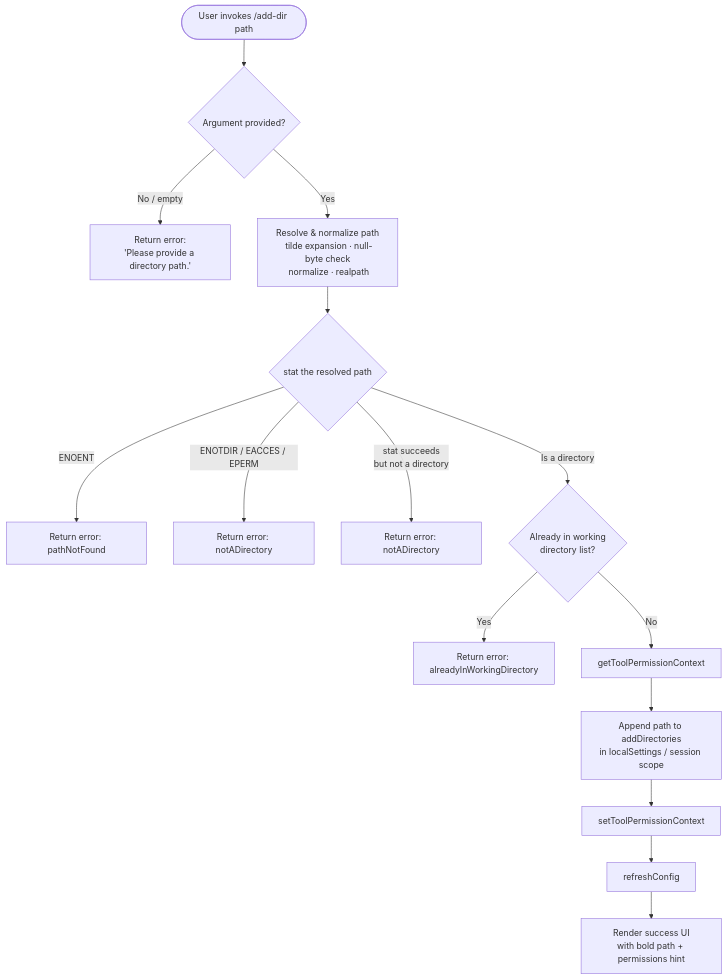
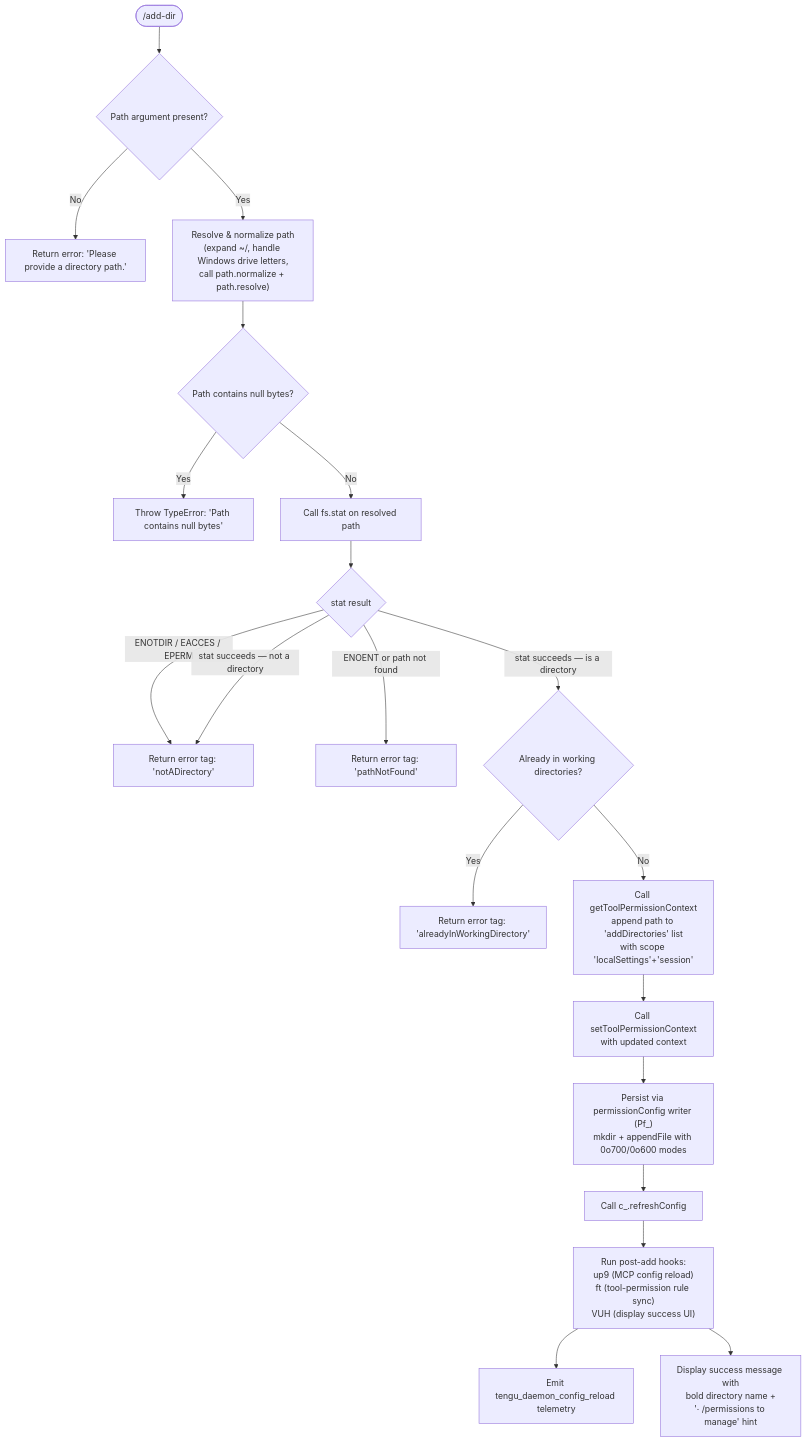
Before and after one commit to MyLittleLuckyDog/cc-gnothi: the diagram in versions/v2.1.143/add-dir.md, drawn with Mermaid. The commit also changed other lines of this file and 483 other files, not shown here.

````diff
--- a/versions/v2.1.143/add-dir.md
+++ b/versions/v2.1.143/add-dir.md
@@ -46,17 +55,22 @@
 ```mermaid
 flowchart TD
-    A([User invokes /add-dir path]) --> B{Argument provided?}
-    B -- No / empty --> C[Return error:\n'Please provide a directory path.']
-    B -- Yes --> D[Resolve & normalize path\n tilde expansion · null-byte check\n normalize · realpath]
-    D --> E{stat the resolved path}
-    E -- ENOENT --> F[Return error: pathNotFound]
-    E -- ENOTDIR / EACCES / EPERM --> G[Return error: notADirectory]
-    E -- stat succeeds\nbut not a directory --> H[Return error: notADirectory]
-    E -- Is a directory --> I{Already in working\ndirectory list?}
-    I -- Yes --> J[Return error: alreadyInWorkingDirectory]
-    I -- No --> K[getToolPermissionContext]
-    K --> L[Append path to addDirectories\nin localSettings / session scope]
-    L --> M[setToolPermissionContext]
-    M --> N[refreshConfig]
-    N --> O[Render success UI\nwith bold path + permissions hint]
+    A(["/add-dir <path> invoked"]) --> B{Path argument present?}
+    B -- No --> C["Return error: 'Please provide a directory path.'"]
+    B -- Yes --> D["Resolve & normalize path\n(expand ~/, handle Windows drive letters,\ncall path.normalize + path.resolve)"]
+    D --> E{Path contains null bytes?}
+    E -- Yes --> F["Throw TypeError: 'Path contains null bytes'"]
+    E -- No --> G["Call fs.stat on resolved path"]
+    G --> H{stat result}
+    H -- "ENOTDIR / EACCES / EPERM" --> I["Return error tag: 'notADirectory'"]
+    H -- "ENOENT or path not found" --> J["Return error tag: 'pathNotFound'"]
+    H -- "stat succeeds — not a directory" --> I
+    H -- "stat succeeds — is a directory" --> K{Already in working directories?}
+    K -- Yes --> L["Return error tag: 'alreadyInWorkingDirectory'"]
+    K -- No --> M["Call getToolPermissionContext\nappend path to 'addDirectories' list\nwith scope 'localSettings'+'session'"]
+    M --> N["Call setToolPermissionContext\nwith updated context"]
+    N --> O["Persist via permissionConfig writer (Pf_)\nmkdir + appendFile with 0o700/0o600 modes"]
+    O --> P["Call c_.refreshConfig"]
+    P --> Q["Run post-add hooks:\nup9 (MCP config reload)\nft (tool-permission rule sync)\nVUH (display success UI)"]
+    Q --> R["Emit tengu_daemon_config_reload telemetry"]
+    Q --> S["Display success message with\nbold directory name +\n'· /permissions to manage' hint"]
 ```
````
